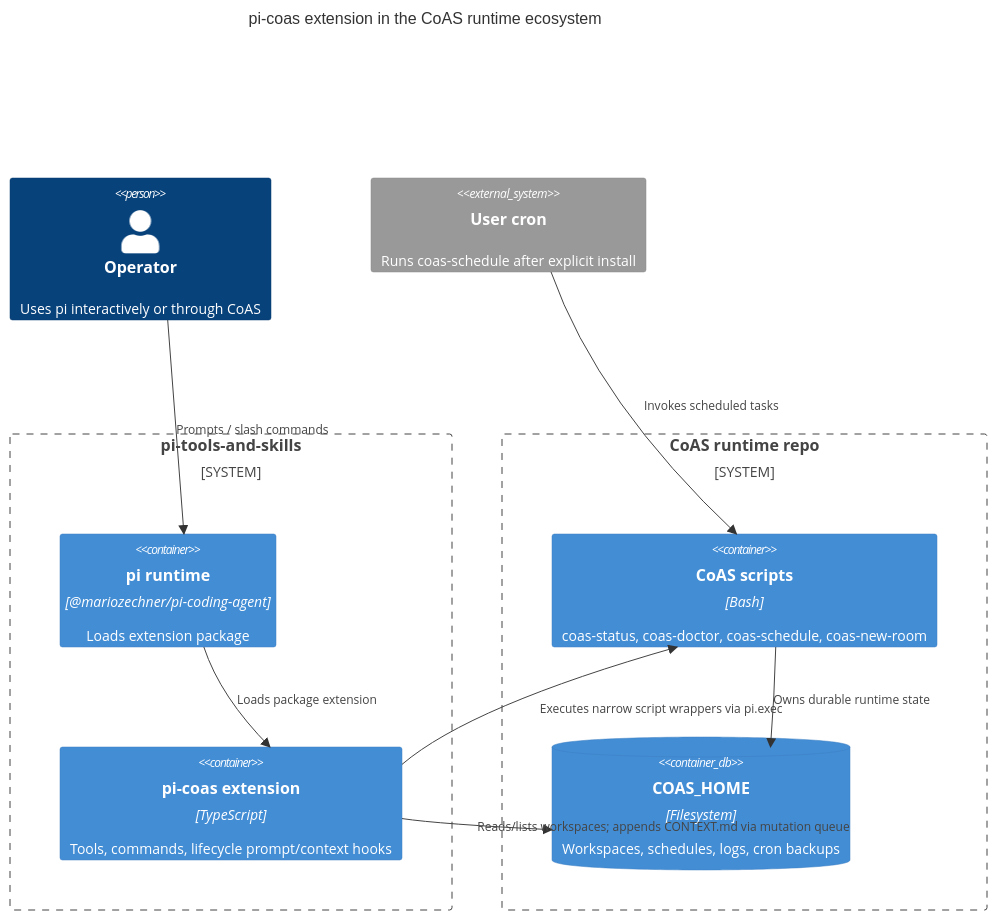
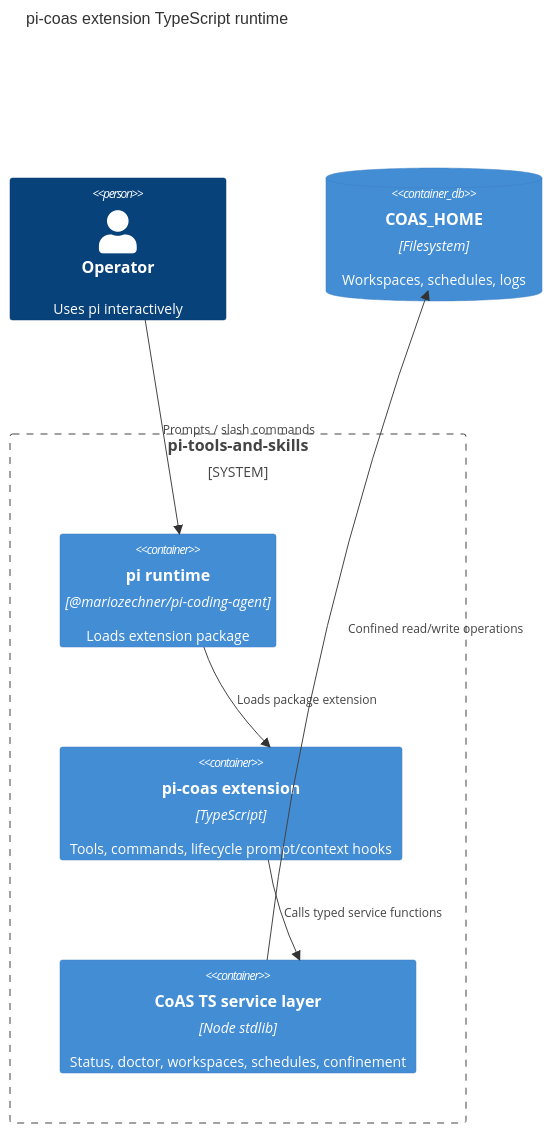
Before and after one commit to tS7hKamAYL84j91/pi-tools-and-skills: the first of 3 diagrams in docs/pi-coas-extension.md, drawn with Mermaid. The commit also changed other lines of this file and 23 other files, not shown here.

Commit message:
fix: migrate pi-coas runtime and reduce context flooding

````diff
--- a/docs/pi-coas-extension.md
+++ b/docs/pi-coas-extension.md
@@ -12,22 +12,17 @@
 ```mermaid
 C4Container
-  title pi-coas extension in the CoAS runtime ecosystem
+  title pi-coas extension TypeScript runtime
 
-  Person(operator, "Operator", "Uses pi interactively or through CoAS")
+  Person(operator, "Operator", "Uses pi interactively")
   System_Boundary(pi, "pi-tools-and-skills") {
     Container(piRuntime, "pi runtime", "@mariozechner/pi-coding-agent", "Loads extension package")
     Container(piCoas, "pi-coas extension", "TypeScript", "Tools, commands, lifecycle prompt/context hooks")
+    Container(coasRuntime, "CoAS TS service layer", "Node stdlib", "Status, doctor, workspaces, schedules, confinement")
   }
-  System_Boundary(coas, "CoAS runtime repo") {
-    Container(scripts, "CoAS scripts", "Bash", "coas-status, coas-doctor, coas-schedule, coas-new-room")
-    ContainerDb(coasHome, "COAS_HOME", "Filesystem", "Workspaces, schedules, logs, cron backups")
-  }
-  System_Ext(cron, "User cron", "Runs coas-schedule after explicit install")
+  ContainerDb(coasHome, "COAS_HOME", "Filesystem", "Workspaces, schedules, logs")
 
   Rel(operator, piRuntime, "Prompts / slash commands")
   Rel(piRuntime, piCoas, "Loads package extension")
-  Rel(piCoas, scripts, "Executes narrow script wrappers via pi.exec")
-  Rel(piCoas, coasHome, "Reads/lists workspaces; appends CONTEXT.md via mutation queue")
-  Rel(scripts, coasHome, "Owns durable runtime state")
-  Rel(cron, scripts, "Invokes scheduled tasks")
+  Rel(piCoas, coasRuntime, "Calls typed service functions")
+  Rel(coasRuntime, coasHome, "Confined read/write operations")
 ```
````
